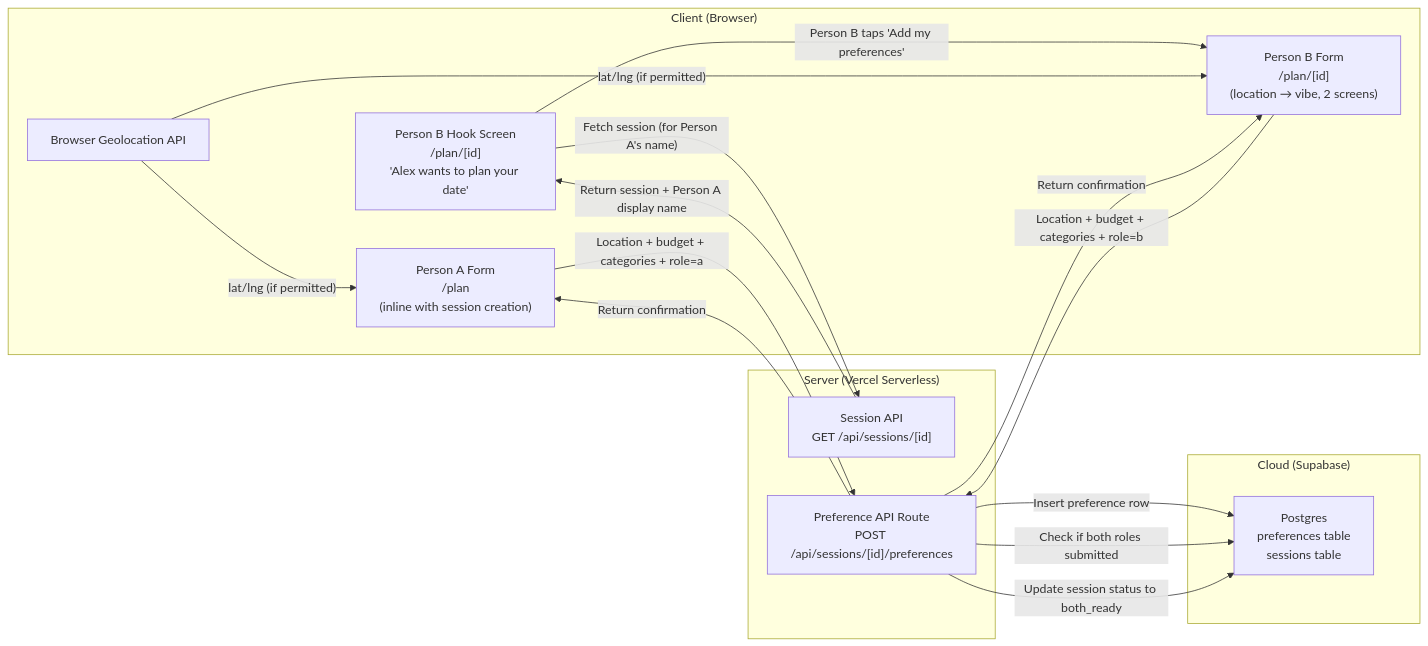
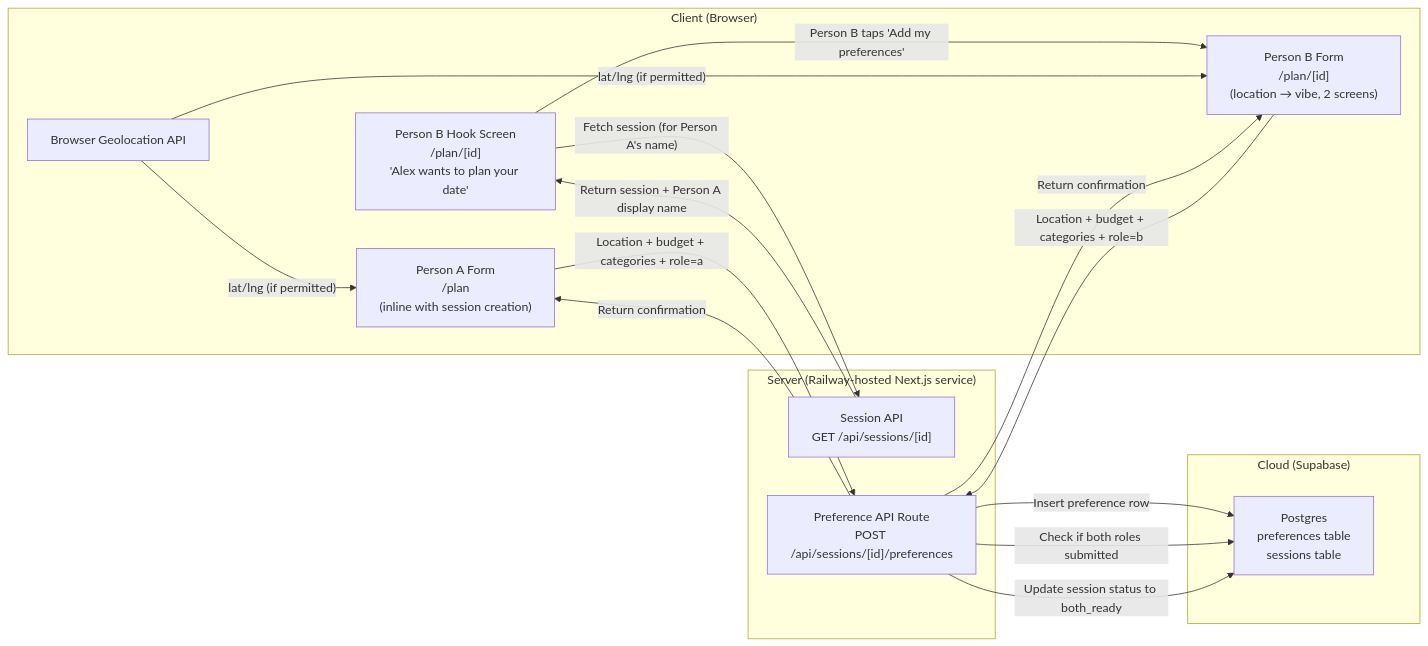
One commit to Aiden-Barrera/dateflow changed the first of 5 diagrams in docs/dev-specs/ds-02-preference-input.md. Above: the diagram before and after it, drawn with Mermaid. The commit also changed other lines of this file and 46 other files, not shown here.

````diff
--- a/docs/dev-specs/ds-02-preference-input.md
+++ b/docs/dev-specs/ds-02-preference-input.md
@@ -22,31 +22,31 @@
 ```mermaid
 flowchart LR
     subgraph Client["Client (Browser)"]
         PersonAForm["Person A Form<br/>/plan<br/>(inline with session creation)"]
         HookScreen["Person B Hook Screen<br/>/plan/[id]<br/>'Alex wants to plan your date'"]
         PersonBForm["Person B Form<br/>/plan/[id]<br/>(location → vibe, 2 screens)"]
         GeoAPI["Browser Geolocation API"]
     end
 
-    subgraph Server["Server (Vercel Serverless)"]
+    subgraph Server["Server (Railway-hosted Next.js service)"]
         SessionAPI["Session API<br/>GET /api/sessions/[id]"]
         PrefAPI["Preference API Route<br/>POST /api/sessions/[id]/preferences"]
     end
 
     subgraph Cloud["Cloud (Supabase)"]
         Postgres["Postgres<br/>preferences table<br/>sessions table"]
     end
 
     HookScreen -- "Fetch session (for Person A's name)" --> SessionAPI
     SessionAPI -- "Return session + Person A display name" --> HookScreen
     HookScreen -- "Person B taps 'Add my preferences'" --> PersonBForm
     GeoAPI -- "lat/lng (if permitted)" --> PersonAForm
     GeoAPI -- "lat/lng (if permitted)" --> PersonBForm
     PersonAForm -- "Location + budget + categories + role=a" --> PrefAPI
     PersonBForm -- "Location + budget + categories + role=b" --> PrefAPI
     PrefAPI -- "Insert preference row" --> Postgres
     PrefAPI -- "Check if both roles submitted" --> Postgres
     PrefAPI -- "Update session status to both_ready" --> Postgres
     PrefAPI -- "Return confirmation" --> PersonAForm
     PrefAPI -- "Return confirmation" --> PersonBForm
 ```
````
